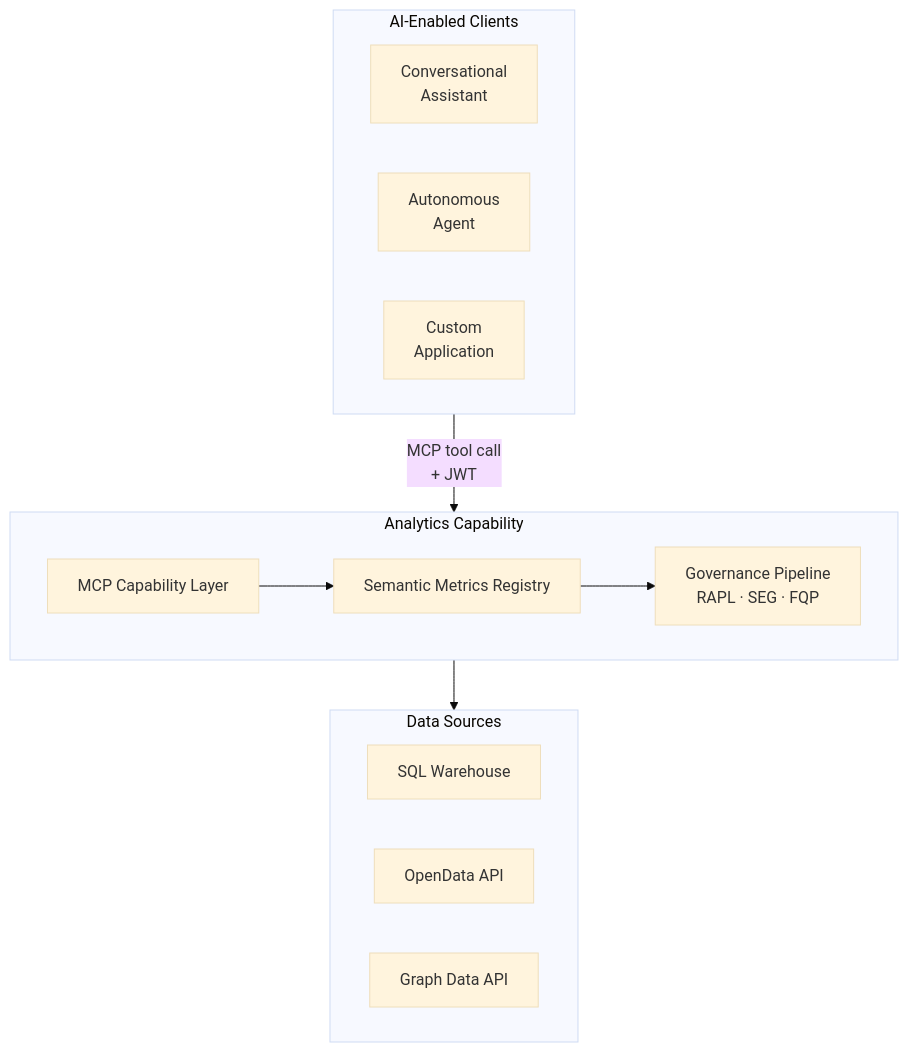
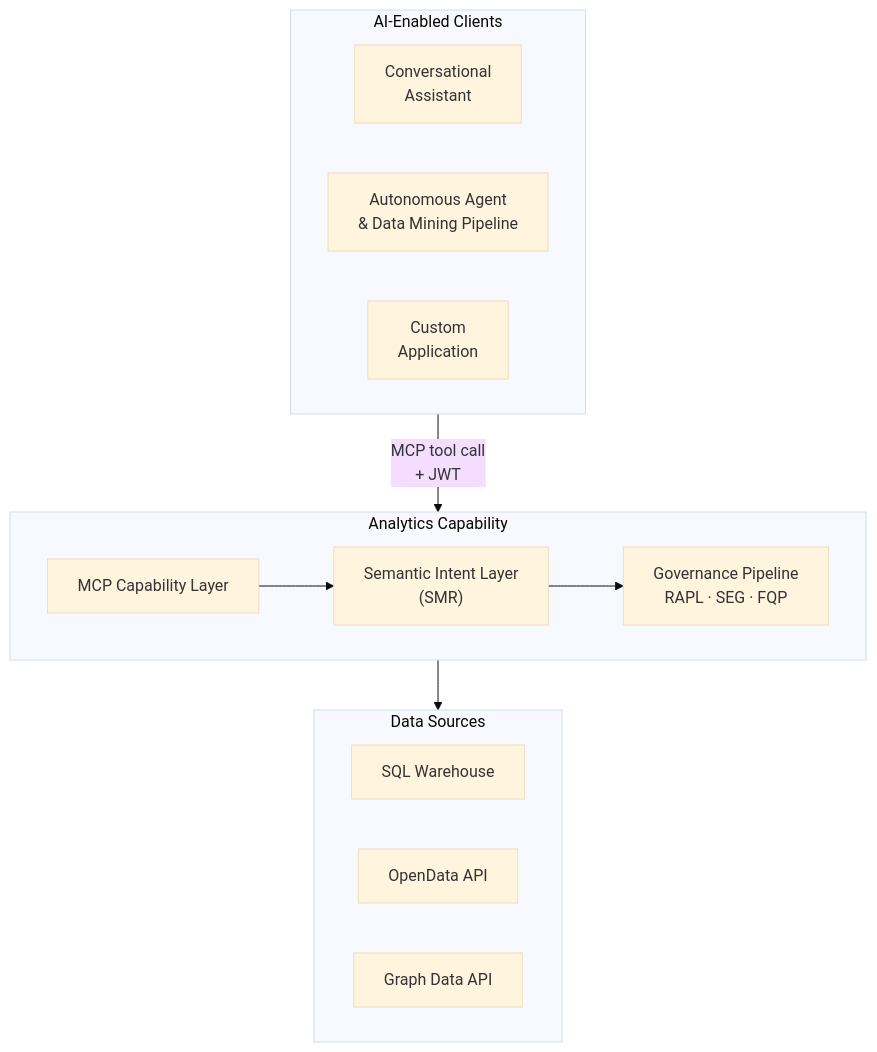
Before and after one commit to M-A-Operating-System/shared-work: the diagram in docs/product/analytics/01-platform-overview.md, drawn with Mermaid (base theme). The commit also changed other lines of this file, not shown here.

````diff
--- a/docs/product/analytics/01-platform-overview.md
+++ b/docs/product/analytics/01-platform-overview.md
@@ -92,28 +98,28 @@
 ```mermaid
 flowchart TB
     subgraph clients["AI-Enabled Clients"]
         direction LR
         A1["Conversational\nAssistant"]
-        A2["Autonomous\nAgent"]
+        A2["Autonomous Agent\n& Data Mining Pipeline"]
         A3["Custom\nApplication"]
     end
 
     subgraph platform["Analytics Capability"]
         direction LR
         B1["MCP Capability Layer"]
-        B2["Semantic Metrics Registry"]
+        B2["Semantic Intent Layer\n(SMR)"]
         B3["Governance Pipeline\nRAPL · SEG · FQP"]
     end
 
     subgraph data["Data Sources"]
          direction LR
         C1["SQL Warehouse"]
         C2["OpenData API"]
         C3["Graph Data API"]
     end
 
     clients -->|"MCP tool call\n+ JWT"| B1
     B1 --> B2
     B2 --> B3
     B3 --> data
 ```
````
